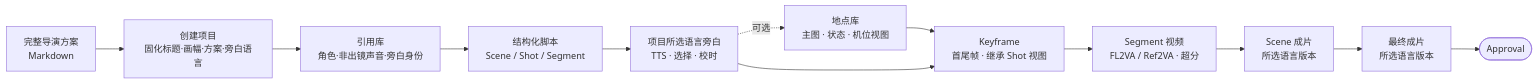
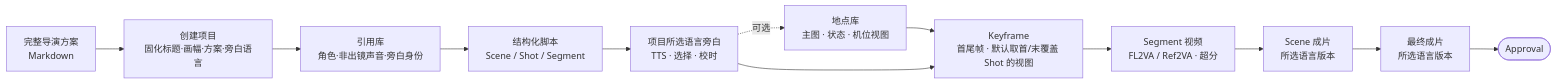
One commit to LJXLJXLJX/StoryRail changed the diagram in docs/product.md. Above: the diagram before and after it, drawn with Mermaid. The commit also changed other lines of this file and 21 other files, not shown here.

````diff
--- a/docs/product.md
+++ b/docs/product.md
@@ -14,14 +14,14 @@
 ```mermaid
 flowchart LR
     plan[完整导演方案<br/>Markdown] --> project[创建项目<br/>固化标题·画幅·方案·旁白语言]
     project --> refs[引用库<br/>角色·非出镜声音·旁白身份]
     refs --> script[结构化脚本<br/>Scene / Shot / Segment]
     script --> narration[项目所选语言旁白<br/>TTS · 选择 · 校时]
     narration -.可选.-> loc[地点库<br/>主图 · 状态 · 机位视图]
-    loc --> kf[Keyframe<br/>首尾帧 · 继承 Shot 视图]
+    loc --> kf[Keyframe<br/>首尾帧 · 默认取首/末覆盖 Shot 的视图]
     narration --> kf
     kf --> video[Segment 视频<br/>FL2VA / Ref2VA · 超分]
     video --> scenefinal[Scene 成片<br/>所选语言版本]
     scenefinal --> final[最终成片<br/>所选语言版本]
     final --> approval([Approval])
 ```
````
